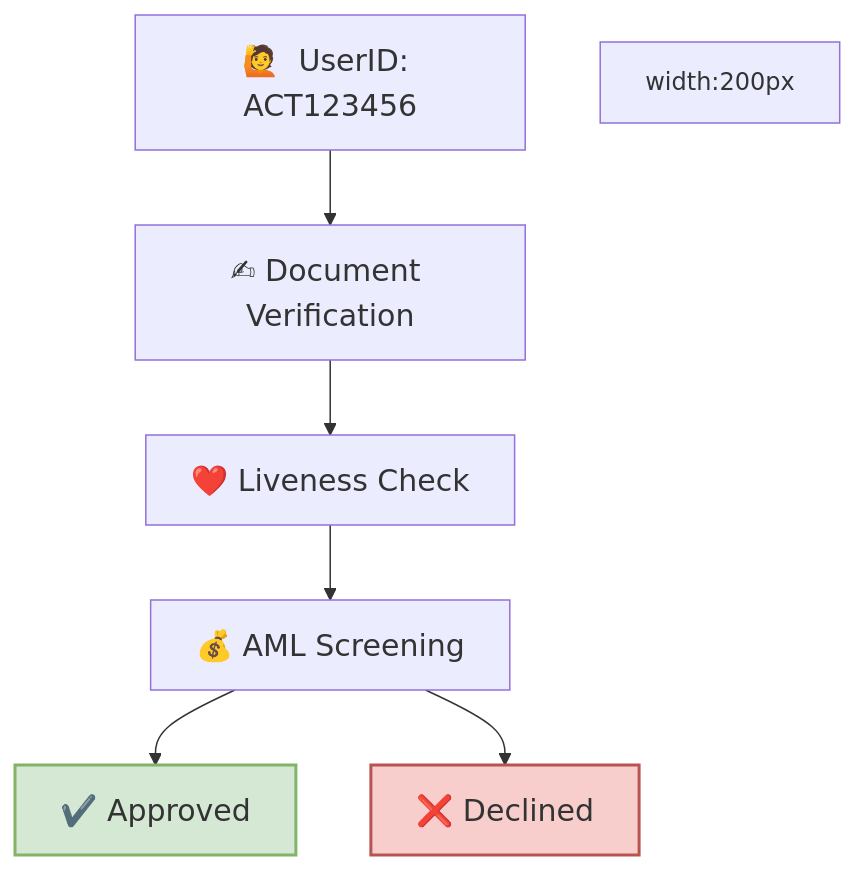
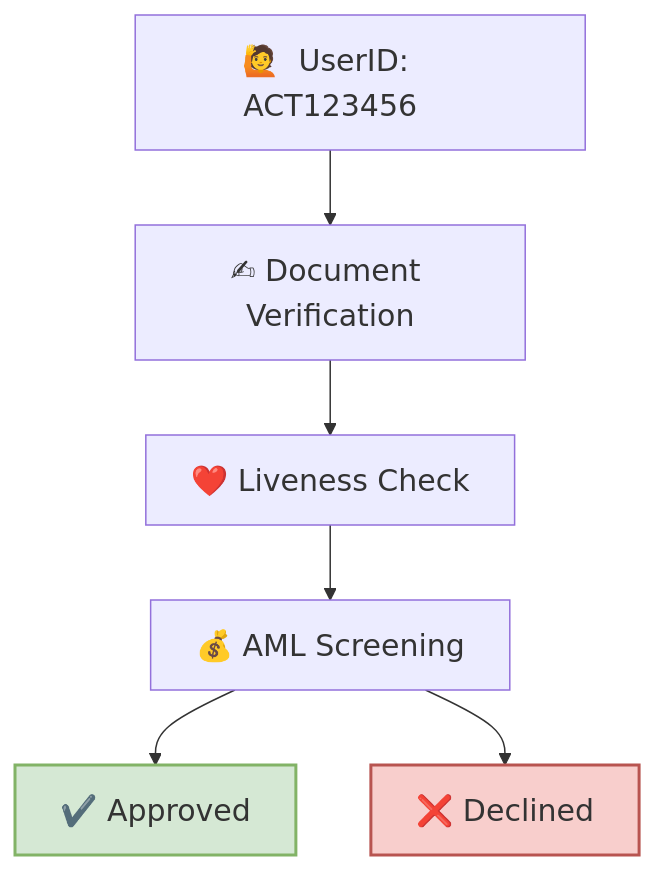
Before and after one commit to Fantastic-Devs/Mintlify: the diagram in id/id.mdx, drawn with Mermaid.

````diff
--- a/id/id.mdx
+++ b/id/id.mdx
@@ -17,26 +17,27 @@
 ```mermaid
 
 graph TB;
     A["🙋  UserID: ACT123456"];
     B["✍ Document Verification"];
     C["❤️ Liveness Check"];
     D["💰 AML Screening"];
     E["✔️ Approved"];
     F["❌ Declined"];
     A--> B;
     B--> C;
     C--> D;
     D--> E & F;
 
-    classDef largeText font-size:20px;width:200px;
+    classDef largeText font-size:20px;
     class A largeText;
     class B largeText;
     class C largeText;
     class D largeText;
     class E largeText;
     class F largeText;
 
+    style A width:300px
     style E fill:#d5e8d4,stroke:#82b366,stroke-width:2px
     style F fill:#f8cecc,stroke:#b85450,stroke-width:2px
 
 ```
````
